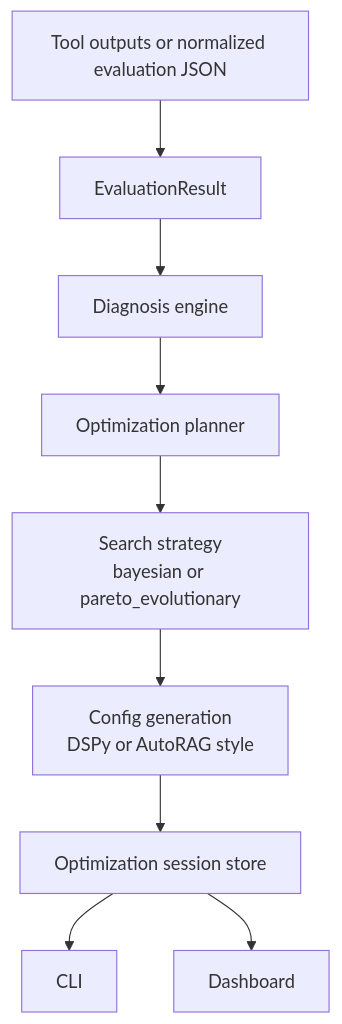
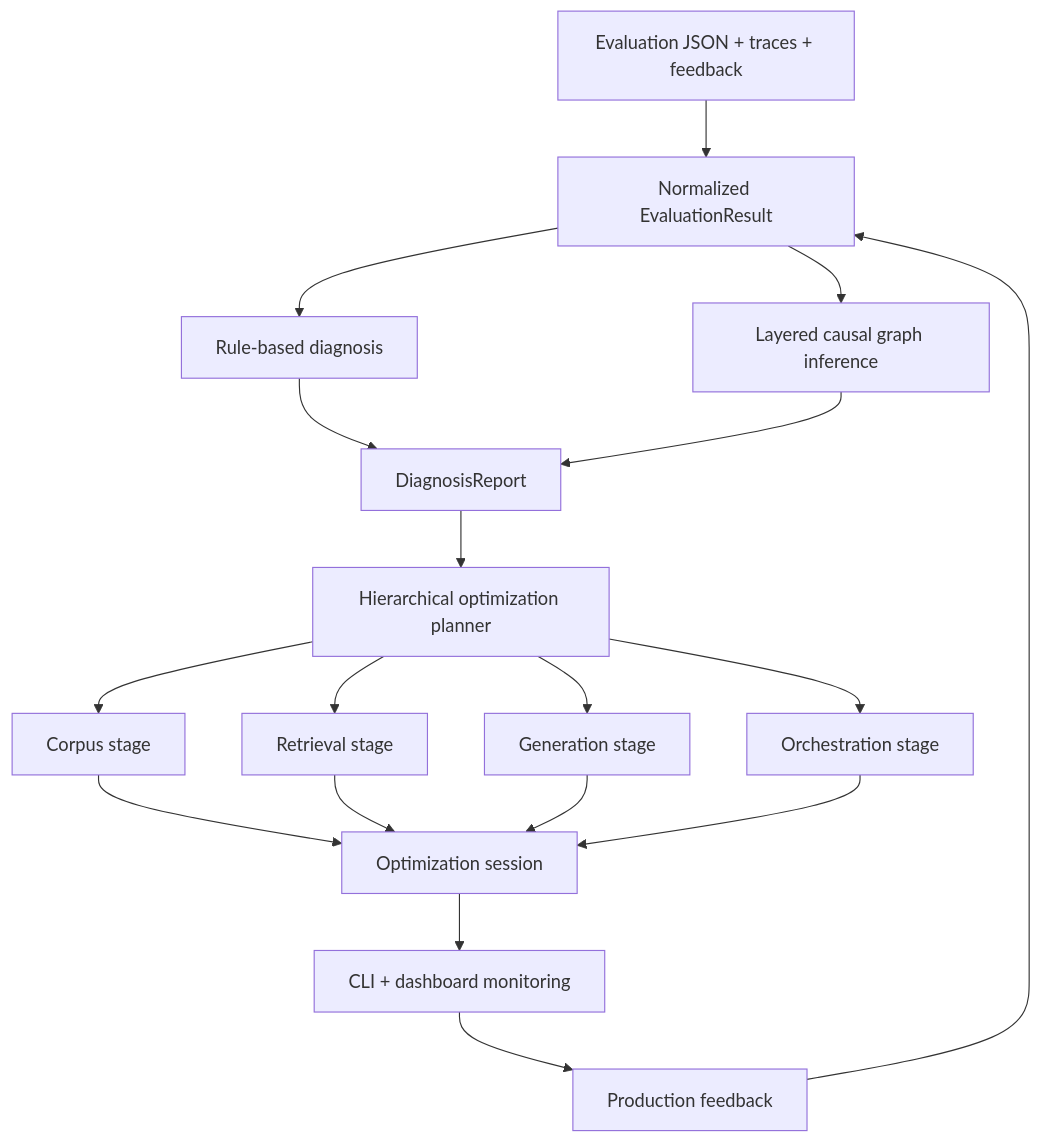
Before and after one commit to junxu-ai/RAGdx: the diagram in README.md, drawn with Mermaid. The commit also changed other lines of this file and 96 other files, not shown here.

First line of the commit message:
Add comprehensive tests for optimization and feedback mechanisms

````diff
--- a/README.md
+++ b/README.md
@@ -40,11 +34,20 @@
 ```mermaid
 flowchart TD
-    A[Tool outputs or normalized evaluation JSON] --> B[EvaluationResult]
-    B --> C[Diagnosis engine]
-    C --> D[Optimization planner]
-    D --> E[Search strategy<br>bayesian or pareto_evolutionary]
-    E --> F[Config generation<br>DSPy or AutoRAG style]
-    F --> G[Optimization session store]
-    G --> H[CLI]
-    G --> I[Dashboard]
+    A[Evaluation JSON + traces + feedback] --> B[Normalized EvaluationResult]
+    B --> C[Rule-based diagnosis]
+    B --> D[Layered causal graph inference]
+    C --> E[DiagnosisReport]
+    D --> E
+    E --> F[Hierarchical optimization planner]
+    F --> G[Corpus stage]
+    F --> H[Retrieval stage]
+    F --> I[Generation stage]
+    F --> J[Orchestration stage]
+    G --> K[Optimization session]
+    H --> K
+    I --> K
+    J --> K
+    K --> L[CLI + dashboard monitoring]
+    L --> M[Production feedback]
+    M --> B
 ```
````
